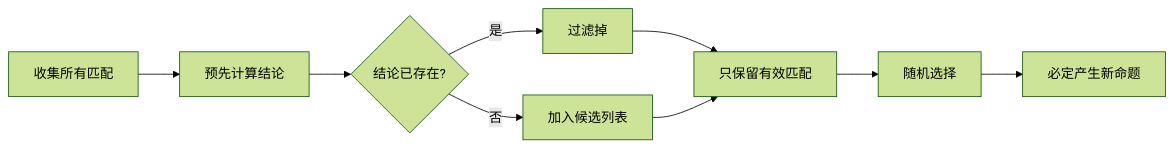
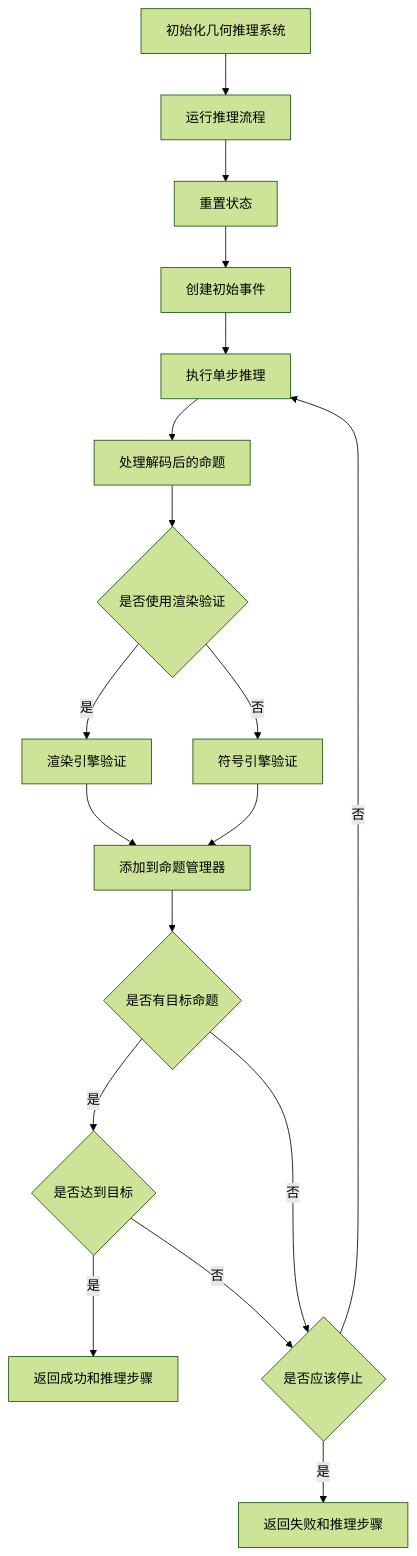
The diagram in a.md (zjc-github2/lambda_geometry), drawn with Mermaid (forest theme) before and after one commit. The commit also changed other lines of this file and 37 other files, not shown here.

````diff
--- a/a.md
+++ b/a.md
@@ -99,11 +6,20 @@
 ```mermaid
-flowchart LR
-    A[收集所有匹配] --> B[预先计算结论]
-    B --> C{结论已存在?}
-    C -->|是| D[过滤掉]
-    C -->|否| E[加入候选列表]
-    D --> F[只保留有效匹配]
-    E --> F
-    F --> G[随机选择]
-    G --> H[必定产生新命题]
+flowchart TD
+    A[初始化几何推理系统] --> B[运行推理流程]
+    B --> C[重置状态]
+    C --> D[创建初始事件]
+    D --> E[执行单步推理]
+    E --> F[处理解码后的命题]
+    F --> G{是否使用渲染验证}
+    G -->|是| H[渲染引擎验证]
+    G -->|否| I[符号引擎验证]
+    H --> J[添加到命题管理器]
+    I --> J
+    J --> K{是否有目标命题}
+    K -->|是| L{是否达到目标}
+    K -->|否| M{是否应该停止}
+    L -->|是| N[返回成功和推理步骤]
+    L -->|否| M
+    M -->|是| O[返回失败和推理步骤]
+    M -->|否| E
 ```
````
